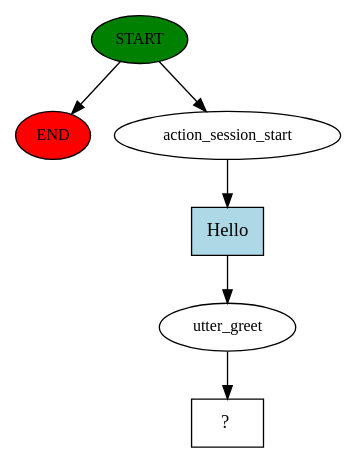
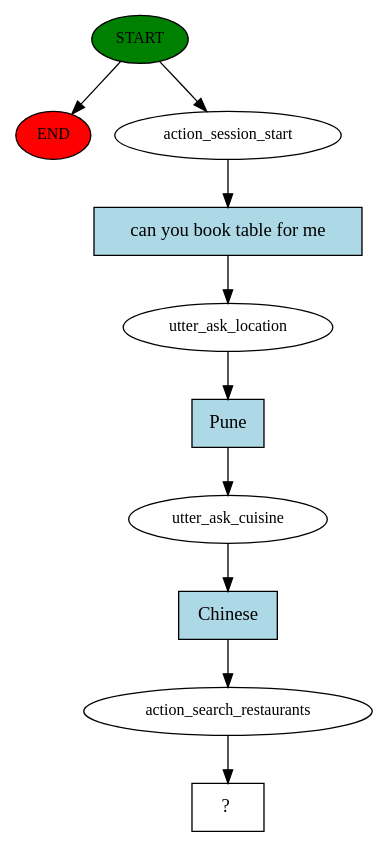
The diagram in story_graph.dot (rushabh5897/NLP-ChatBot), drawn with Graphviz before and after one commit. The commit also changed 3 other files, not shown here.

```diff
--- a/story_graph.dot
+++ b/story_graph.dot
@@ -1,13 +1,21 @@
 digraph  {
 0 [class="start active", fillcolor=green, fontsize=12, label=START, style=filled];
 "-1" [class=end, fillcolor=red, fontsize=12, label=END, style=filled];
 1 [class=active, fontsize=12, label=action_session_start];
-2 [class=active, fontsize=12, label=utter_greet];
-3 [class="intent dashed active", label="  ?  ", shape=rect];
-4 [class="intent active", fillcolor=lightblue, label=Hello, shape=rect, style=filled];
+2 [class=active, fontsize=12, label=utter_ask_location];
+3 [class=active, fontsize=12, label=utter_ask_cuisine];
+4 [class=active, fontsize=12, label=action_search_restaurants];
+5 [class="intent dashed active", label="  ?  ", shape=rect];
+6 [class="intent active", fillcolor=lightblue, label="can you book table for me", shape=rect, style=filled];
+7 [class="intent active", fillcolor=lightblue, label=Pune, shape=rect, style=filled];
+8 [class="intent active", fillcolor=lightblue, label=Chinese, shape=rect, style=filled];
 0 -> "-1"  [class="", key=NONE, label=""];
 0 -> 1  [class=active, key=NONE, label=""];
-1 -> 4  [class=active, key=0];
-2 -> 3  [class=active, key=NONE, label=""];
-4 -> 2  [class=active, key=0];
+1 -> 6  [class=active, key=0];
+2 -> 7  [class=active, key=0];
+3 -> 8  [class=active, key=0];
+4 -> 5  [class=active, key=NONE, label=""];
+6 -> 2  [class=active, key=0];
+7 -> 3  [class=active, key=0];
+8 -> 4  [class=active, key=0];
 }
```
